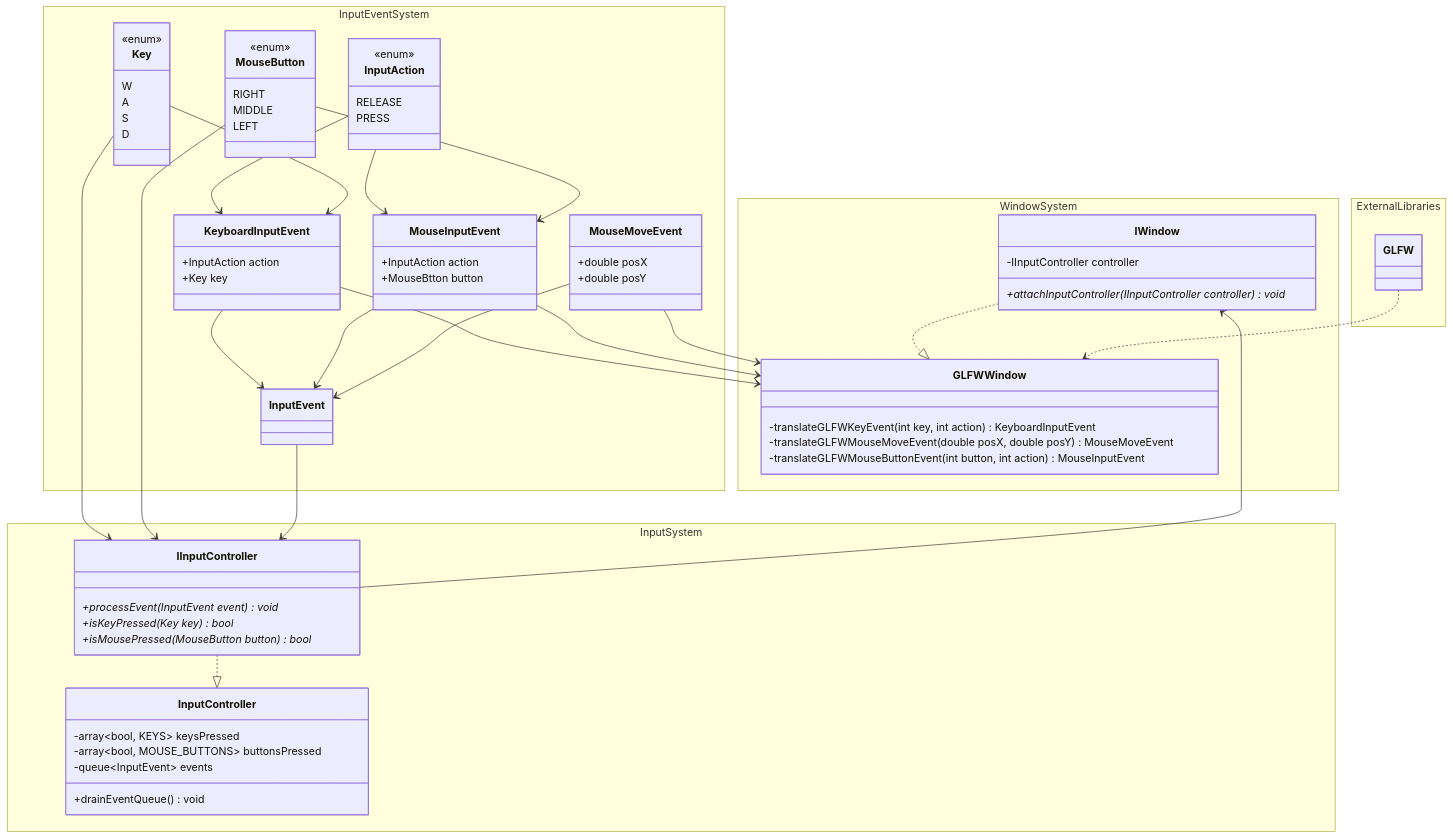
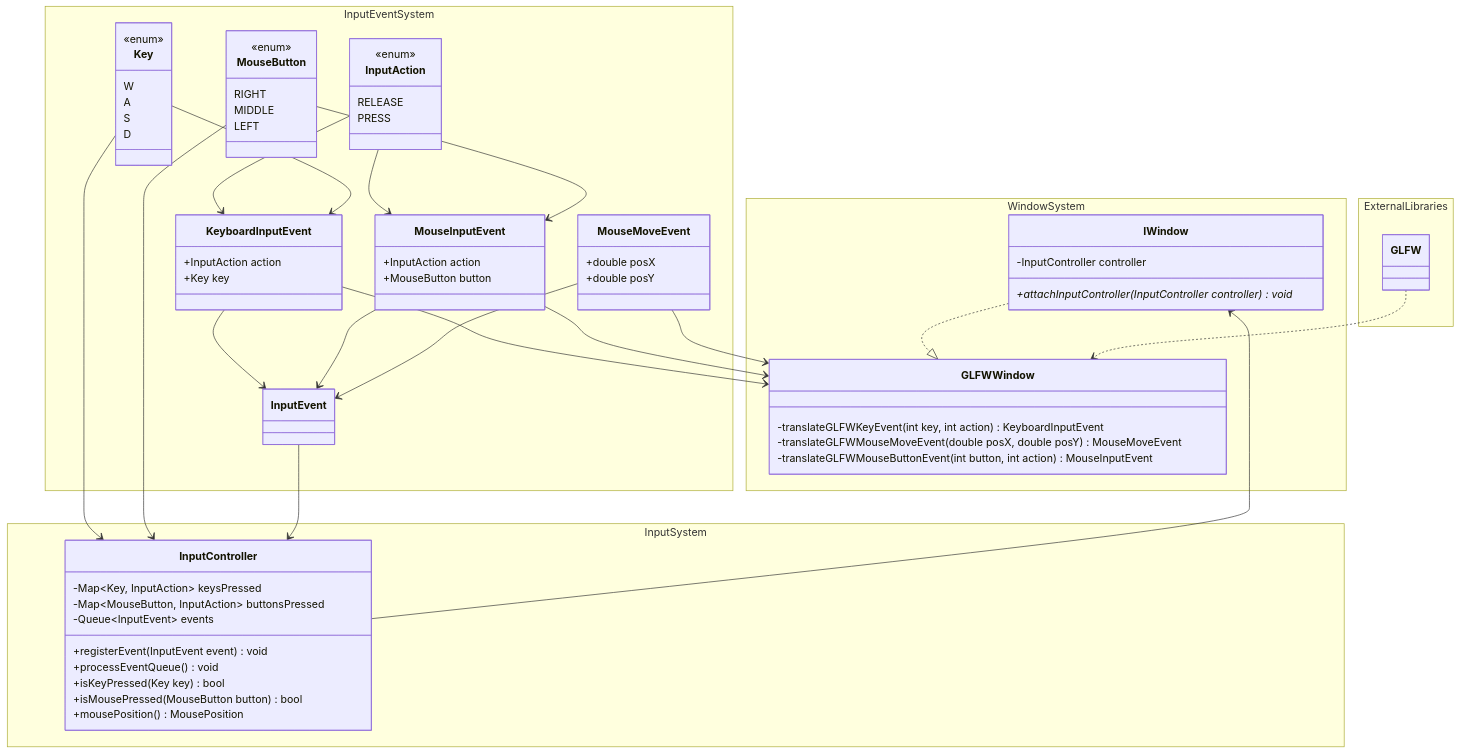
The second of 2 diagrams in docs/architecture/WindowAndInputDesign.md (FelixHommel/StarfighterAlliance), drawn with Mermaid before and after one commit. The commit also changed other lines of this file, not shown here.

Commit message:
docs: update Window and input diagrams

````diff
--- a/docs/architecture/WindowAndInputDesign.md
+++ b/docs/architecture/WindowAndInputDesign.md
@@ -55,7 +55,7 @@
 
     class MouseInputEvent{
       +InputAction action
-      +MouseBtton button
+      +MouseButton button
     }
 
     class MouseMoveEvent{
@@ -68,25 +68,24 @@
 
   namespace InputSystem{
     class InputController{
-      -array~bool, KEYS~ keysPressed
-      -array~bool, MOUSE_BUTTONS~ buttonsPressed
-      -queue~InputEvent~ events
+      -Map~Key, InputAction~ keysPressed
+      -Map~MouseButton, InputAction~ buttonsPressed
+      -Queue~InputEvent~ events
 
-      +drainEventQueue() void
-    }
+      +registerEvent(InputEvent event) void
+      +processEventQueue() void
 
-    class IInputController{
-      +processEvent(InputEvent event)* void
-      +isKeyPressed(Key key)* bool
-      +isMousePressed(MouseButton button)* bool
+      +isKeyPressed(Key key) bool
+      +isMousePressed(MouseButton button) bool
+      +mousePosition() MousePosition
     }
   }
 
   namespace WindowSystem{
     class IWindow{
-      -IInputController controller
+      -InputController controller
 
-      +attachInputController(IInputController controller)* void
+      +attachInputController(InputController controller)* void
     }
 
     class GLFWWindow{
@@ -109,10 +108,9 @@
   MouseInputEvent --> InputEvent
   MouseMoveEvent --> InputEvent
 
-  IInputController ..|> InputController
-  Key --> IInputController
-  MouseButton --> IInputController
-  InputEvent --> IInputController
+  Key --> InputController
+  MouseButton --> InputController
+  InputEvent --> InputController
 
   IWindow ..|> GLFWWindow
   GLFW ..> GLFWWindow
@@ -120,5 +118,5 @@
   MouseInputEvent --> GLFWWindow
   MouseMoveEvent --> GLFWWindow
 
-  IWindow <-- IInputController
+  IWindow <-- InputController
 ```
````
